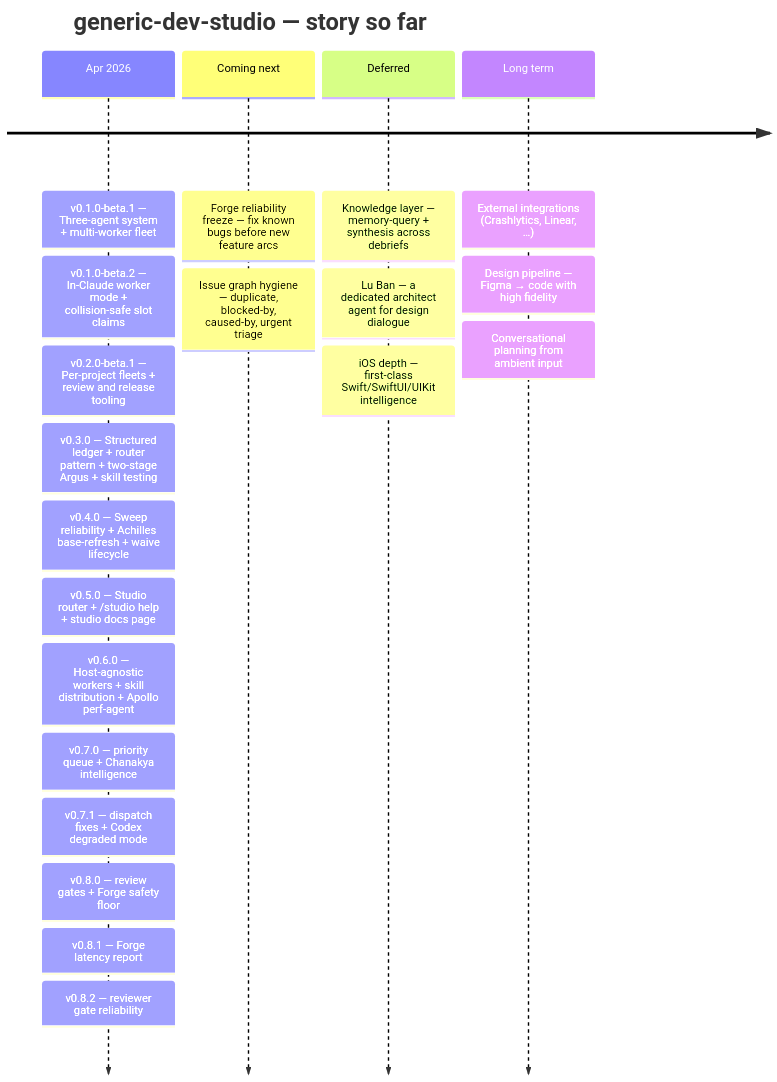
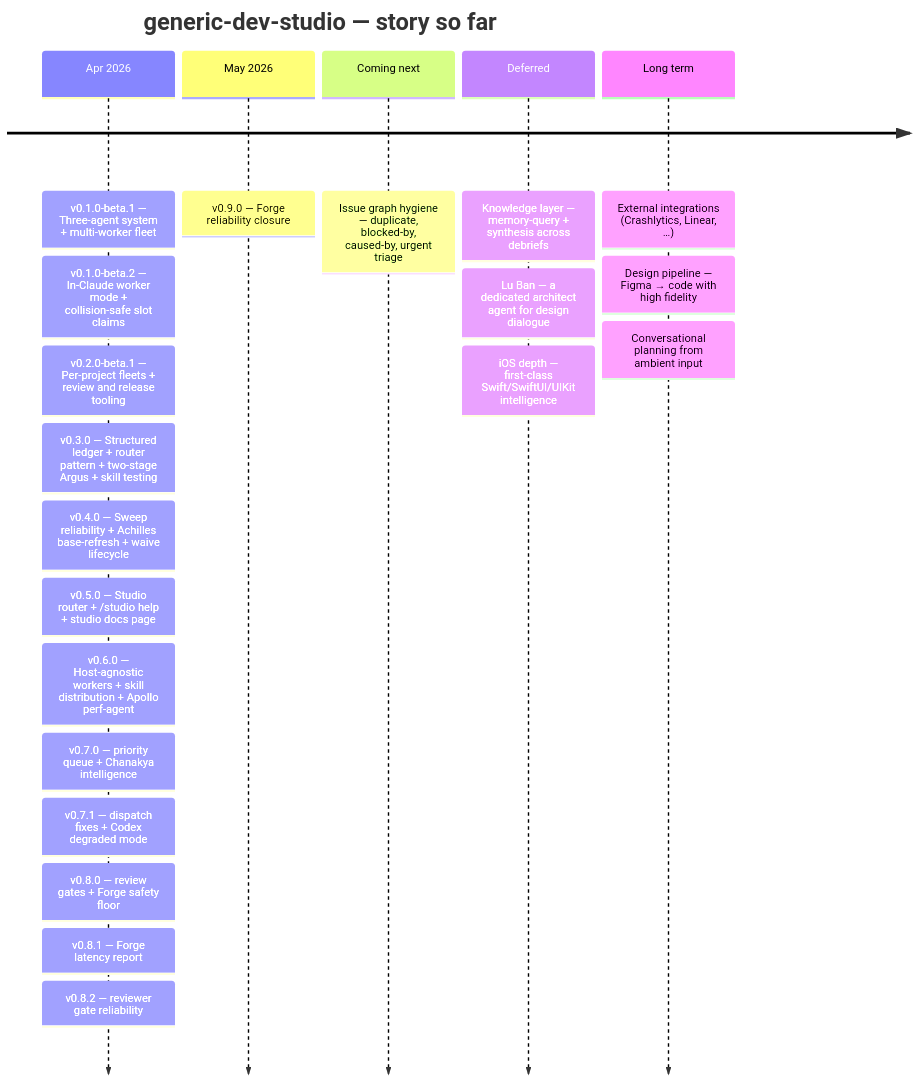
Before and after one commit to v-i-s-h-a-l/generic-dev-studio: the diagram in README.md, drawn with Mermaid. The commit also changed other lines of this file and 2 other files, not shown here.

Commit message:
README: v0.9.0 timeline + Story so far update

````diff
--- a/README.md
+++ b/README.md
@@ -13,24 +13,24 @@
 ```mermaid
 timeline
     title generic-dev-studio — story so far
     Apr 2026 : v0.1.0-beta.1 — Three-agent system + multi-worker fleet
              : v0.1.0-beta.2 — In-Claude worker mode + collision-safe slot claims
              : v0.2.0-beta.1 — Per-project fleets + review and release tooling
              : v0.3.0 — Structured ledger + router pattern + two-stage Argus + skill testing
              : v0.4.0 — Sweep reliability + Achilles base-refresh + waive lifecycle
              : v0.5.0 — Studio router + /studio help + studio docs page
              : v0.6.0 — Host-agnostic workers + skill distribution + Apollo perf-agent
              : v0.7.0 — priority queue + Chanakya intelligence
              : v0.7.1 — dispatch fixes + Codex degraded mode
              : v0.8.0 — review gates + Forge safety floor
              : v0.8.1 — Forge latency report
              : v0.8.2 — reviewer gate reliability
-    Coming next : Forge reliability freeze — fix known bugs before new feature arcs
-                : Issue graph hygiene — duplicate, blocked-by, caused-by, urgent triage
+    May 2026 : v0.9.0 — Forge reliability closure
+    Coming next : Issue graph hygiene — duplicate, blocked-by, caused-by, urgent triage
     Deferred : Knowledge layer — memory-query + synthesis across debriefs
              : Lu Ban — a dedicated architect agent for design dialogue
              : iOS depth — first-class Swift/SwiftUI/UIKit intelligence
     Long term : External integrations (Crashlytics, Linear, …)
               : Design pipeline — Figma → code with high fidelity
               : Conversational planning from ambient input
 ```
````
